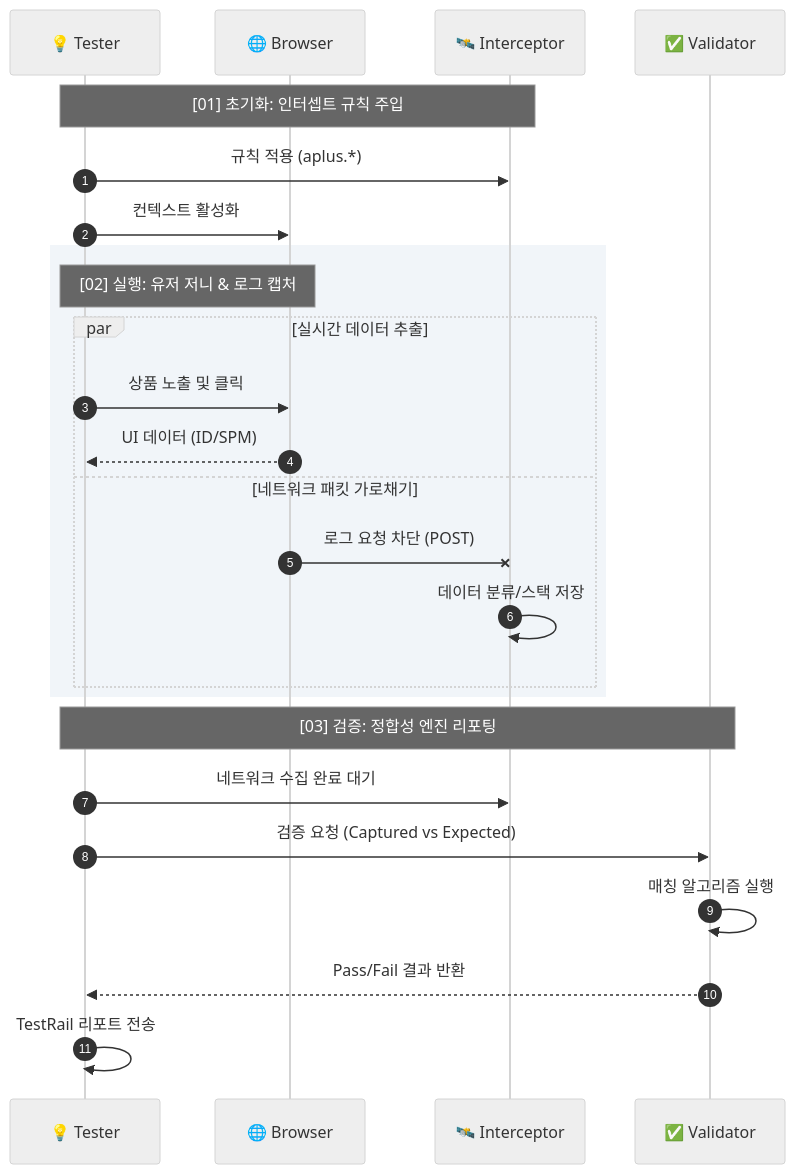
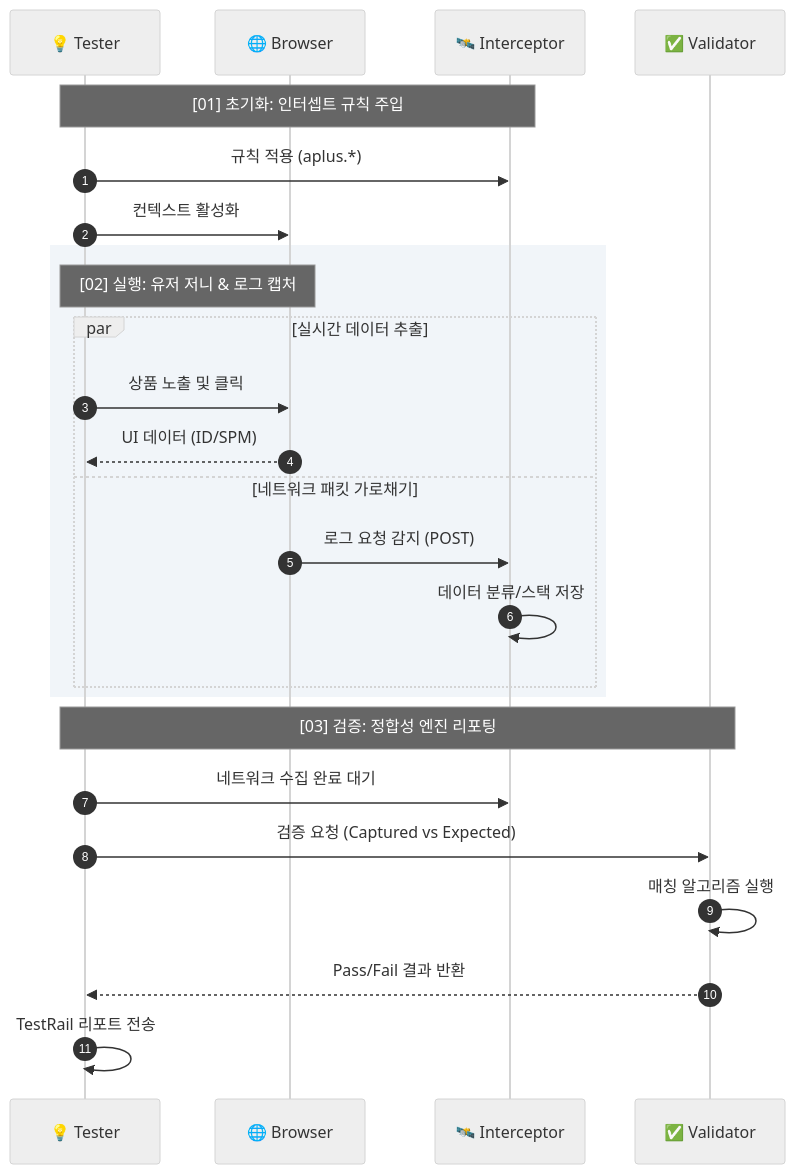
The diagram in docs/flow_sequence_diagram.md (mrt1847-test/user_tracking_automation), drawn with Mermaid (neutral theme) before and after one commit.

````diff
--- a/docs/flow_sequence_diagram.md
+++ b/docs/flow_sequence_diagram.md
@@ -3,36 +3,36 @@
 ```mermaid
 sequenceDiagram
     autonumber
     
     %% 참여자 색상 설정 (배경 대비 가독성 최적화)
     participant T as 💡 Tester
     participant B as 🌐 Browser
     participant I as 🛰️ Interceptor
     participant V as ✅ Validator
 
     %% Phase 01: Setup (Thin Line)
     Note over T, I: [01] 초기화: 인터셉트 규칙 주입
     T->>I: 규칙 적용 (aplus.*)
     T->>B: 컨텍스트 활성화
 
     %% Phase 02: Execution (Modern Blue Rect)
     %% 가장 중요한 실행 단계에 시선을 집중시키는 Slate Blue 배경
     rect rgb(241, 245, 249)
         Note over T, B: [02] 실행: 유저 저니 & 로그 캡처
         par 실시간 데이터 추출
             T->>B: 상품 노출 및 클릭
             B-->>T: UI 데이터 (ID/SPM)
         and 네트워크 패킷 가로채기
-            B-X I: 로그 요청 차단 (POST)
+            B->>I: 로그 요청 감지 (POST)
             I->>I: 데이터 분류/스택 저장
         end
     end
 
     %% Phase 03: Validation (Clean White)
     Note over T, V: [03] 검증: 정합성 엔진 리포팅
     T->>I: 네트워크 수집 완료 대기
     T->>V: 검증 요청 (Captured vs Expected)
     V->>V: 매칭 알고리즘 실행
     V-->>T: Pass/Fail 결과 반환
     T->>T: TestRail 리포트 전송
 ```
````
